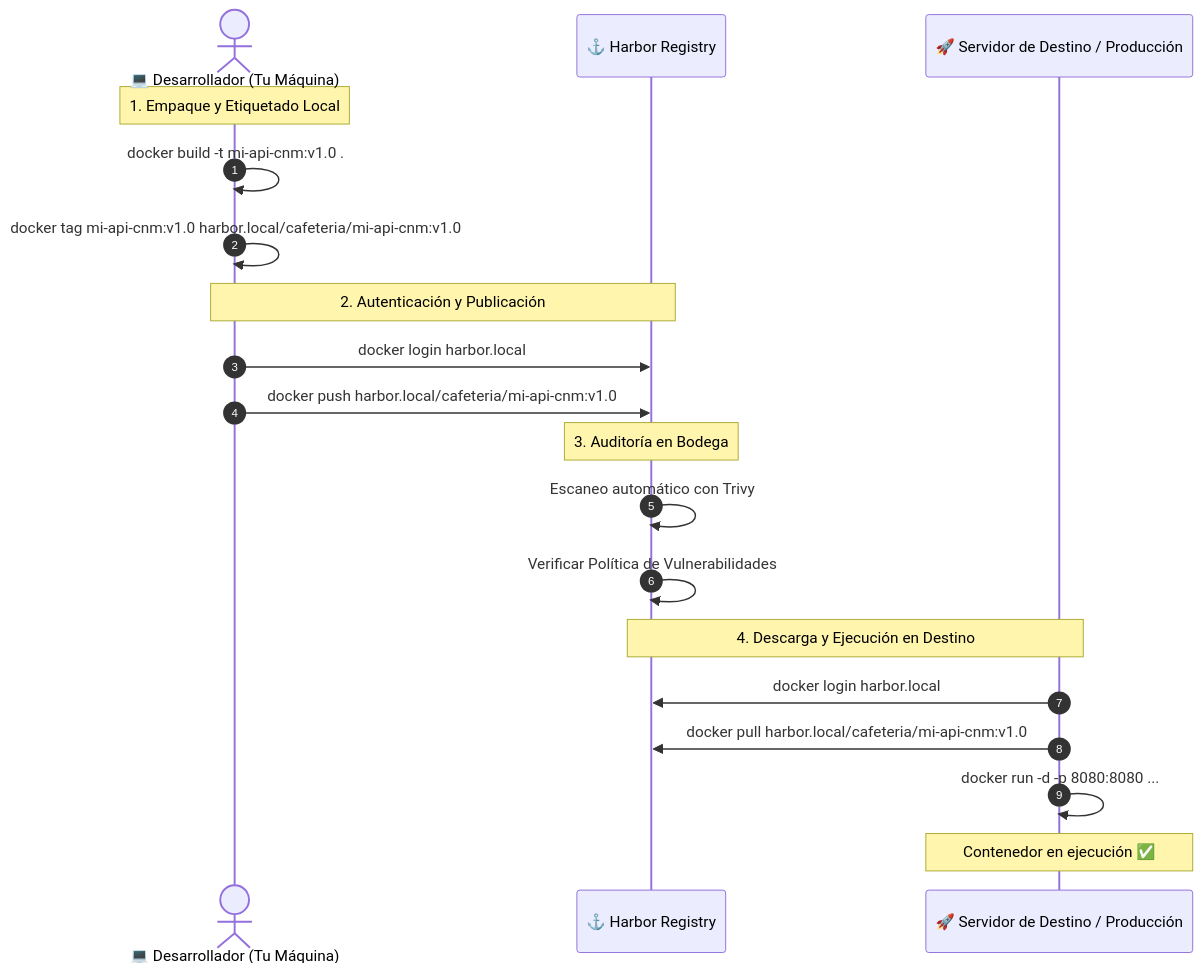
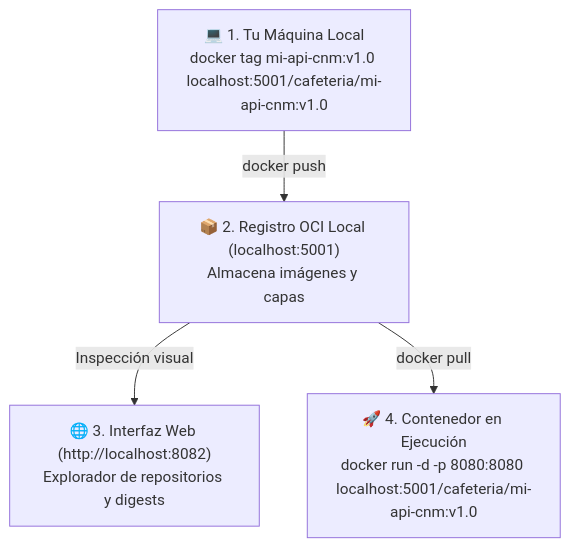
Before and after one commit to Camilaux/Fundamentos-Kubernetes: the diagram in semana-00-fundamentos-docker/1.ejemplos/05-registro-imagenes-harbor/README.md, drawn with Mermaid. The commit also changed other lines of this file, not shown here.

Commit message:
docs(ejemplo-05): simplificar diagrama mermaid adaptado al flujo local

````diff
--- a/semana-00-fundamentos-docker/1.ejemplos/05-registro-imagenes-harbor/README.md
+++ b/semana-00-fundamentos-docker/1.ejemplos/05-registro-imagenes-harbor/README.md
@@ -15,25 +15,11 @@
 ```mermaid
-sequenceDiagram
-    autonumber
-    actor Dev as 💻 Desarrollador (Tu Máquina)
-    participant Harbor as ⚓ Harbor Registry
-    participant Servidor as 🚀 Servidor de Destino / Producción
+flowchart TD
+    DEV["💻 1. Tu Máquina Local<br/>docker tag mi-api-cnm:v1.0 localhost:5001/cafeteria/mi-api-cnm:v1.0"]
+    REG["📦 2. Registro OCI Local (localhost:5001)<br/>Almacena imágenes y capas"]
+    UI["🌐 3. Interfaz Web (http://localhost:8082)<br/>Explorador de repositorios y digests"]
+    RUN["🚀 4. Contenedor en Ejecución<br/>docker run -d -p 8080:8080 localhost:5001/cafeteria/mi-api-cnm:v1.0"]
 
-    Note over Dev: 1. Empaque y Etiquetado Local
-    Dev->>Dev: docker build -t mi-api-cnm:v1.0 .
-    Dev->>Dev: docker tag mi-api-cnm:v1.0 harbor.local/cafeteria/mi-api-cnm:v1.0
-
-    Note over Dev,Harbor: 2. Autenticación y Publicación
-    Dev->>Harbor: docker login harbor.local
-    Dev->>Harbor: docker push harbor.local/cafeteria/mi-api-cnm:v1.0
-
-    Note over Harbor: 3. Auditoría en Bodega
-    Harbor->>Harbor: Escaneo automático con Trivy
-    Harbor->>Harbor: Verificar Política de Vulnerabilidades
-
-    Note over Harbor,Servidor: 4. Descarga y Ejecución en Destino
-    Servidor->>Harbor: docker login harbor.local
-    Servidor->>Harbor: docker pull harbor.local/cafeteria/mi-api-cnm:v1.0
-    Servidor->>Servidor: docker run -d -p 8080:8080 ...
-    Note over Servidor: Contenedor en ejecución ✅
+    DEV -->|"docker push"| REG
+    REG -->|"Inspección visual"| UI
+    REG -->|"docker pull"| RUN
 ```
````
